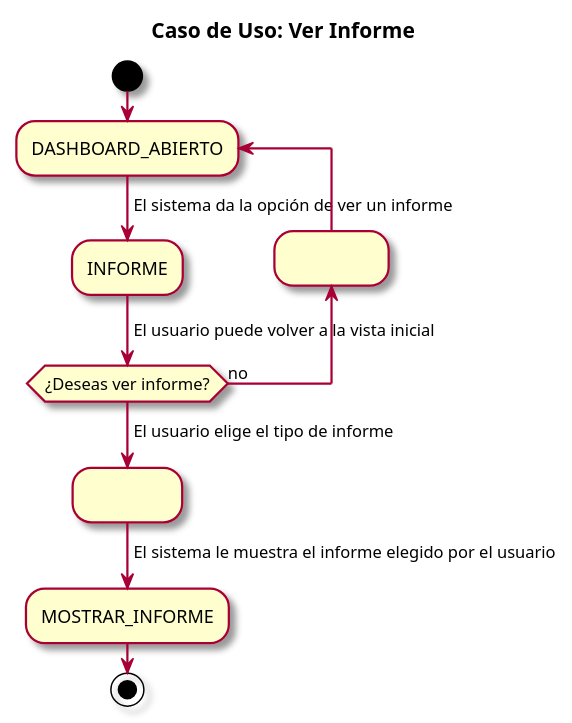
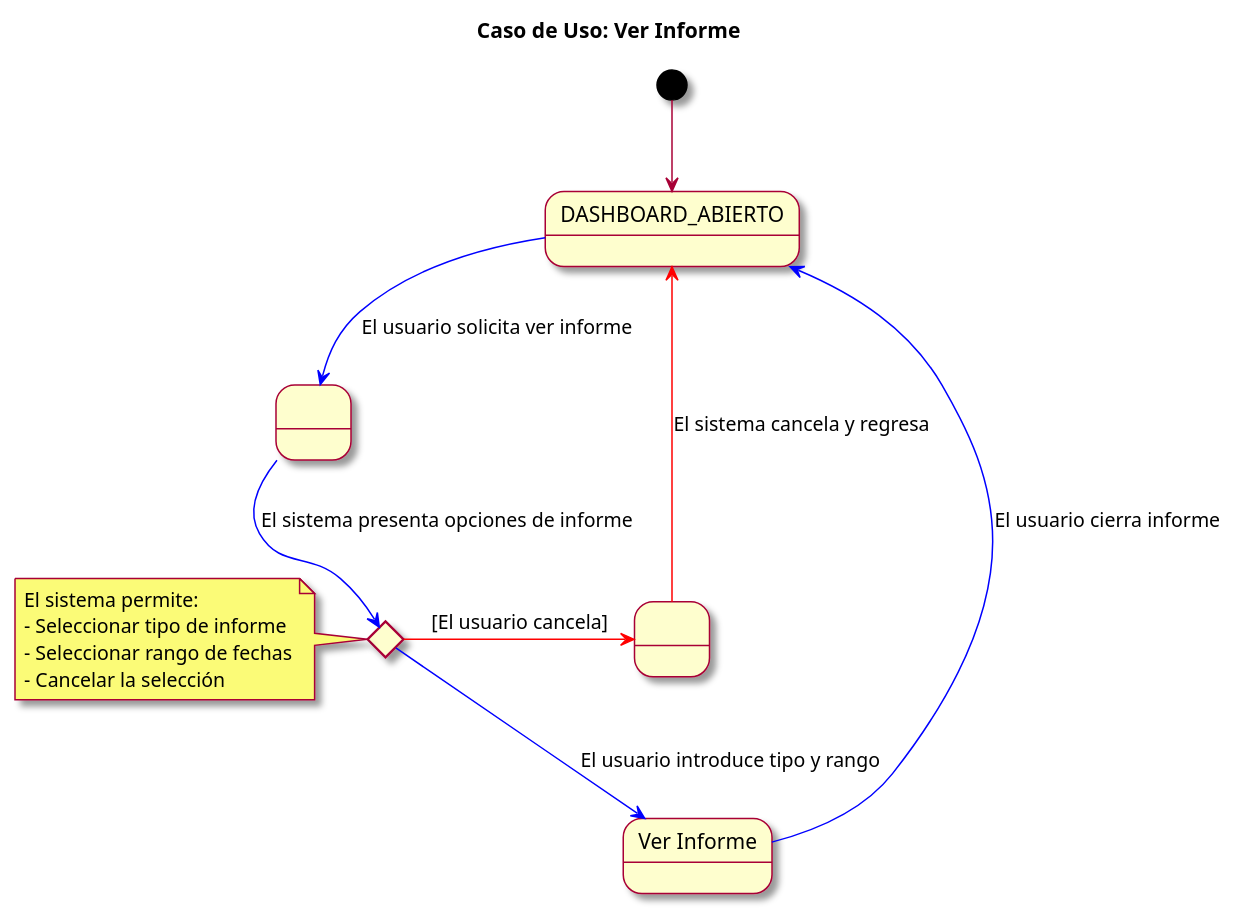
Before and after one commit to mmasias/23-24-IdSw1-SDR: the diagram in modelosUML/casosDeUso/detalles/verInforme.puml, drawn with PlantUML.

```diff
--- a/modelosUML/casosDeUso/detalles/verInforme.puml
+++ b/modelosUML/casosDeUso/detalles/verInforme.puml
@@ -1,18 +1,26 @@
-@startuml descripción CDU informe
-
+@startuml
 skin rose
 title Caso de Uso: Ver Informe
-start
-  repeat :DASHBOARD_ABIERTO;
-  -> El sistema da la opción de ver un informe;
-  :INFORME;
-  backward:                  ;
-  -> El usuario puede volver a la vista inicial;
-  repeat while (¿Deseas ver informe?) is (no)
-    -> El usuario elige el tipo de informe;
-    :                 ;
-    -> El sistema le muestra el informe elegido por el usuario;
-    :MOSTRAR_INFORME;
-  stop
+
+state DASHBOARD_ABIERTO as "DASHBOARD_ABIERTO"
+state VerInforme as " "
+state SeleccionarInforme <<choice>>
+state MostrarInforme as "Ver Informe"
+state CancelarInforme as " "
+
+[*] -d-> DASHBOARD_ABIERTO
+DASHBOARD_ABIERTO -d[#blue]-> VerInforme : El usuario solicita ver informe
+VerInforme -d[#blue]-> SeleccionarInforme : El sistema presenta opciones de informe
+SeleccionarInforme -d[#blue]-> MostrarInforme : El usuario introduce tipo y rango
+SeleccionarInforme -r[#red]-> CancelarInforme : [El usuario cancela]
+CancelarInforme -u[#red]-> DASHBOARD_ABIERTO : El sistema cancela y regresa
+MostrarInforme -d[#blue]-> DASHBOARD_ABIERTO : El usuario cierra informe
+
+note left of SeleccionarInforme
+  El sistema permite:
+  - Seleccionar tipo de informe
+  - Seleccionar rango de fechas
+  - Cancelar la selección
+end note
 
 @enduml
```
